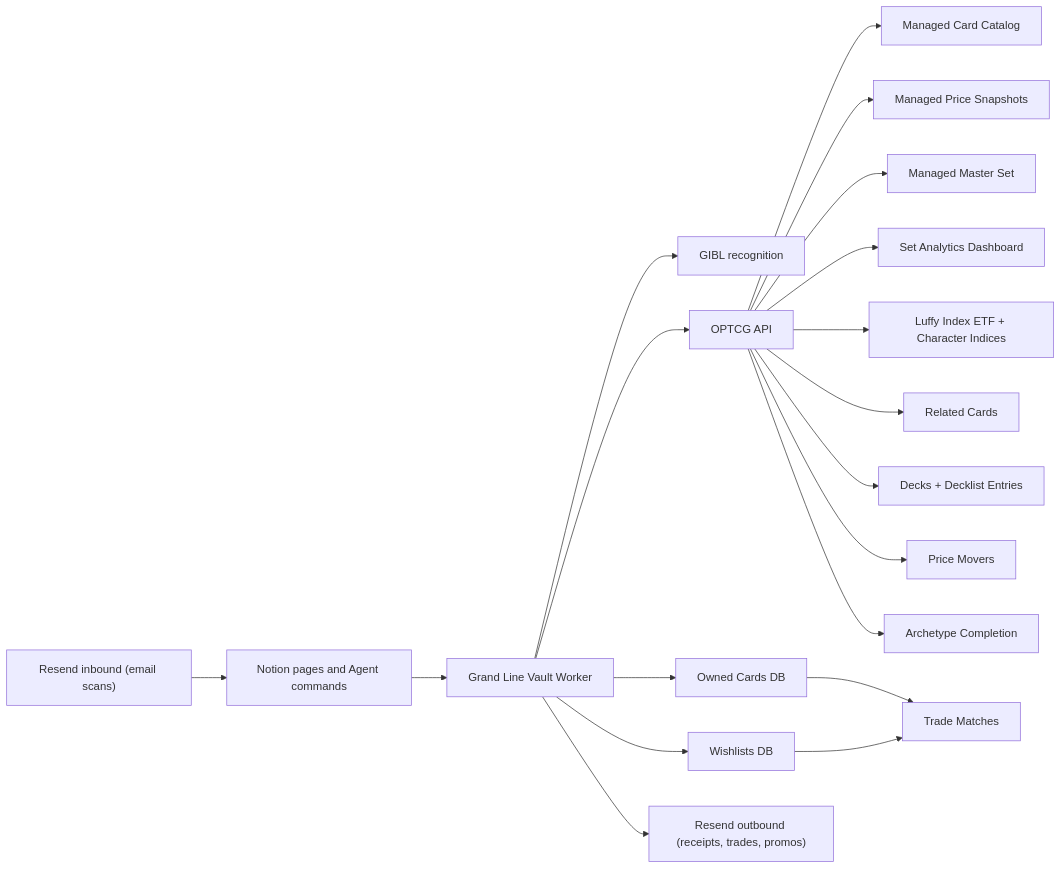
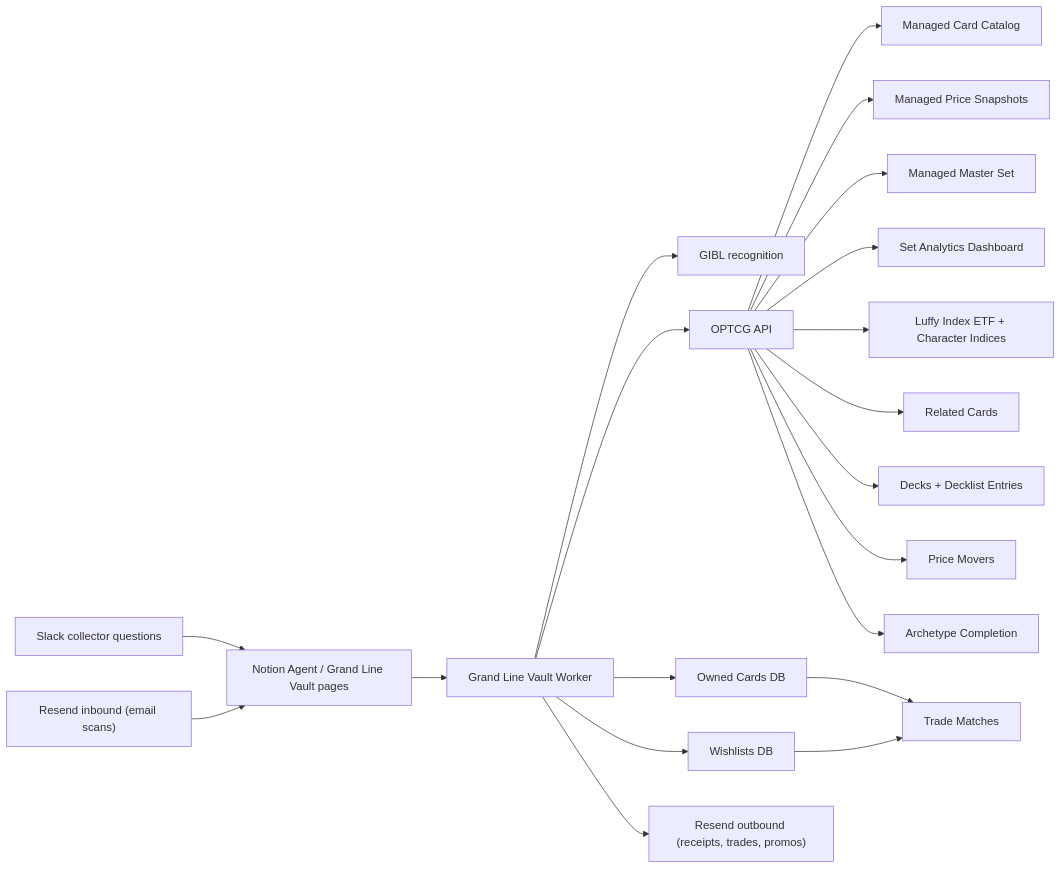
One commit to spenceryang/grandlinevault changed the diagram in README.md. Above: the diagram before and after it, drawn with Mermaid. The commit also changed other lines of this file and 1 other file, not shown here.

Commit message:
docs: add slack agent demo flow

````diff
--- a/README.md
+++ b/README.md
@@ -155,21 +186,22 @@
 ```mermaid
 flowchart LR
-    A["Notion pages and Agent commands"] --> B["Grand Line Vault Worker"]
+    S["Slack collector questions"] --> A["Notion Agent / Grand Line Vault pages"]
+    A --> B["Grand Line Vault Worker"]
     B --> C["GIBL recognition"]
     B --> D["OPTCG API"]
     B --> E["Owned Cards DB"]
     B --> F["Wishlists DB"]
     D --> G["Managed Card Catalog"]
     D --> H["Managed Price Snapshots"]
     D --> I["Managed Master Set"]
     D --> J["Set Analytics Dashboard"]
     D --> K["Luffy Index ETF + Character Indices"]
     D --> L["Related Cards"]
     D --> M["Decks + Decklist Entries"]
     D --> N["Price Movers"]
     D --> O["Archetype Completion"]
     E --> P["Trade Matches"]
     F --> P
     Q["Resend inbound (email scans)"] --> A
     B --> R["Resend outbound (receipts, trades, promos)"]
 ```
````
